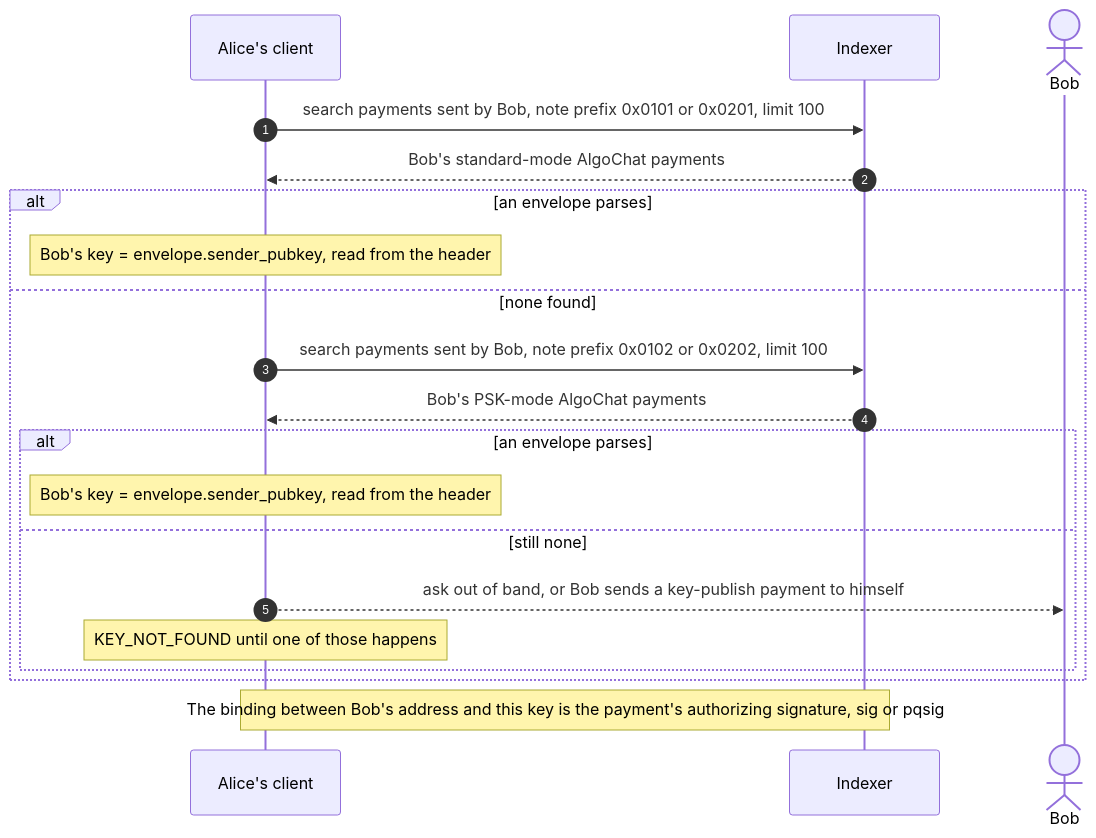
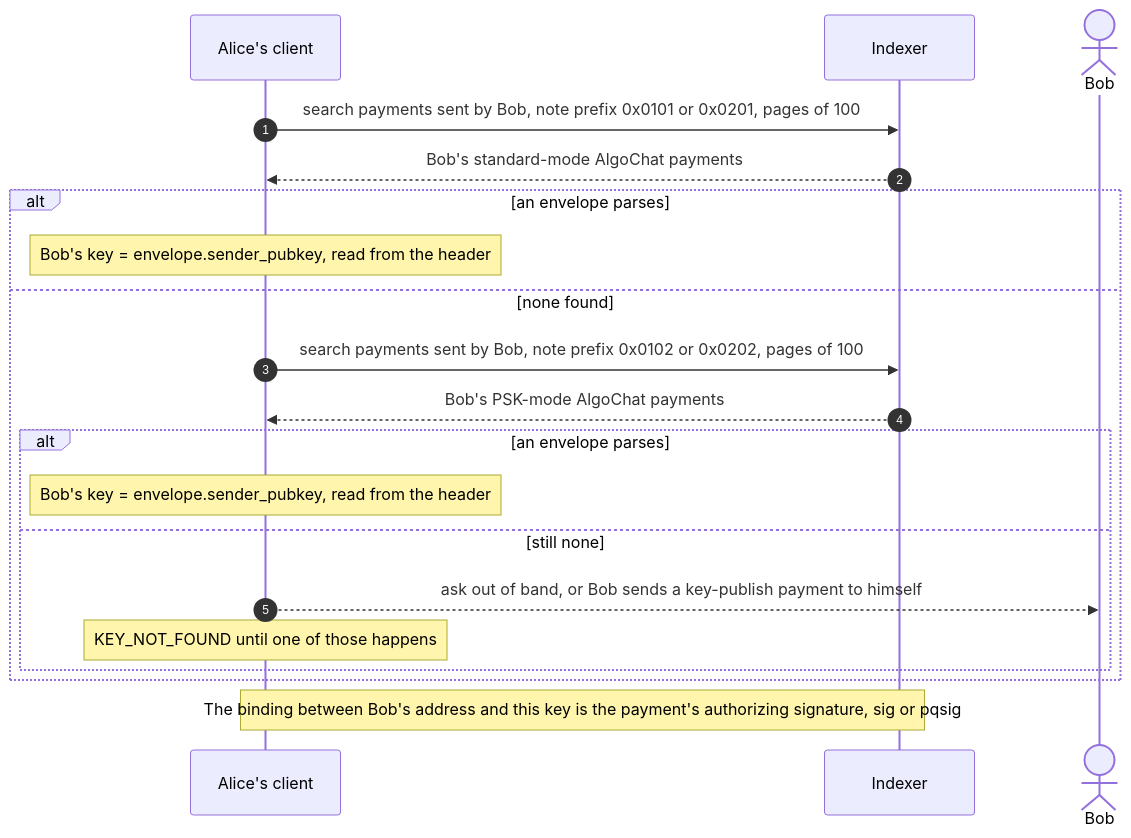
The fifth of 15 diagrams in docs/HLD.md (CorvidLabs/algochat), drawn with Mermaid before and after one commit. The commit also changed other lines of this file and 116 other files, not shown here.

````diff
--- a/docs/HLD.md
+++ b/docs/HLD.md
@@ -185,22 +195,22 @@
 ```mermaid
 sequenceDiagram
     autonumber
     participant A as Alice's client
     participant I as Indexer
     actor B as Bob
-    A->>I: search payments sent by Bob, note prefix 0x0101 or 0x0201, limit 100
+    A->>I: search payments sent by Bob, note prefix 0x0101 or 0x0201, pages of 100
     I-->>A: Bob's standard-mode AlgoChat payments
     alt an envelope parses
         Note over A: Bob's key = envelope.sender_pubkey, read from the header
     else none found
-        A->>I: search payments sent by Bob, note prefix 0x0102 or 0x0202, limit 100
+        A->>I: search payments sent by Bob, note prefix 0x0102 or 0x0202, pages of 100
         I-->>A: Bob's PSK-mode AlgoChat payments
         alt an envelope parses
             Note over A: Bob's key = envelope.sender_pubkey, read from the header
         else still none
             A-->>B: ask out of band, or Bob sends a key-publish payment to himself
             Note over A: KEY_NOT_FOUND until one of those happens
         end
     end
     Note over A,I: The binding between Bob's address and this key is the payment's authorizing signature, sig or pqsig
 ```
````
